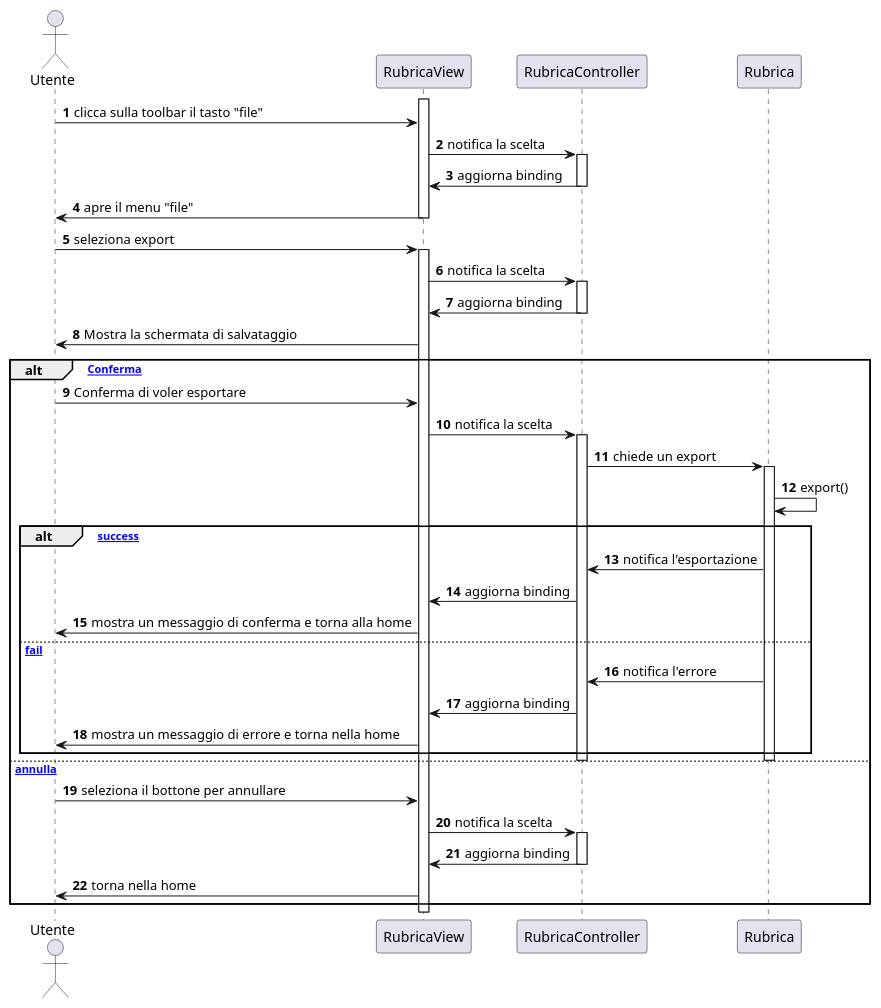
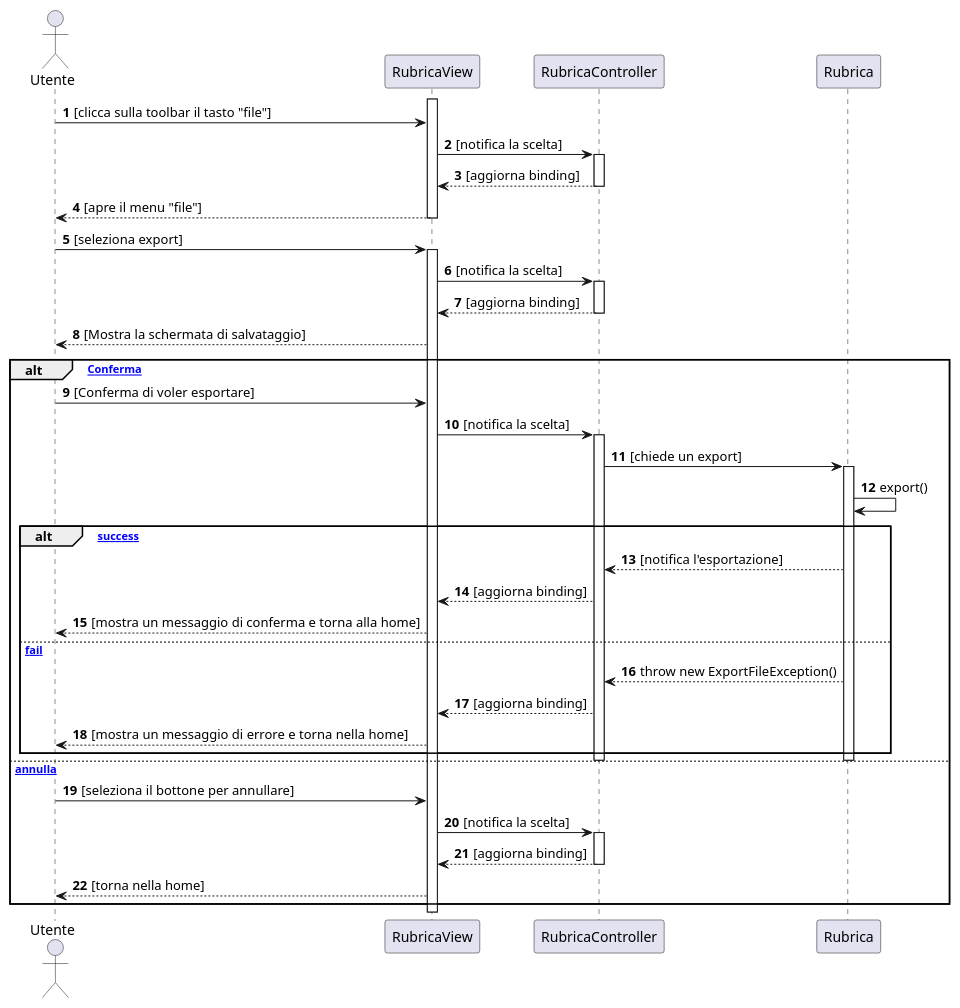
One commit to emanueletocci/uni-swe-project changed the diagram in docs/bozze/Diagrammi/Sequenza/ScenarioExport.puml. Above: the diagram before and after it, drawn with PlantUML.

Commit message:
aggiornamento export

```diff
--- a/docs/bozze/Diagrammi/Sequenza/ScenarioExport.puml
+++ b/docs/bozze/Diagrammi/Sequenza/ScenarioExport.puml
@@ -1,52 +1,52 @@
 @startuml
 autonumber
 actor Utente
 activate RubricaView
 participant RubricaView
 participant RubricaController
 participant Rubrica
 
-Utente->RubricaView:clicca sulla toolbar il tasto "file"
-RubricaView->RubricaController:notifica la scelta
+Utente->RubricaView:[clicca sulla toolbar il tasto "file"]
+RubricaView->RubricaController:[notifica la scelta]
 activate RubricaController
-RubricaController->RubricaView:aggiorna binding
+RubricaController-->RubricaView:[aggiorna binding]
 deactivate RubricaController
-RubricaView->Utente:apre il menu "file"
+RubricaView-->Utente:[apre il menu "file"]
 deactivate RubricaView
 
-Utente->RubricaView:seleziona export
+Utente->RubricaView:[seleziona export]
 activate RubricaView
-RubricaView->RubricaController:notifica la scelta
+RubricaView->RubricaController:[notifica la scelta]
 activate RubricaController
-RubricaController->RubricaView:aggiorna binding
+RubricaController -->RubricaView:[aggiorna binding]
 deactivate RubricaController
-RubricaView->Utente:Mostra la schermata di salvataggio
+RubricaView-->Utente:[Mostra la schermata di salvataggio]
 
 alt [Conferma]
-    Utente->RubricaView:Conferma di voler esportare
-    RubricaView->RubricaController:notifica la scelta
+    Utente->RubricaView:[Conferma di voler esportare]
+    RubricaView->RubricaController:[notifica la scelta]
     activate RubricaController
-    RubricaController->Rubrica:chiede un export
+    RubricaController->Rubrica:[chiede un export]
     activate Rubrica
     Rubrica->Rubrica:export()
     alt [export success]
-        Rubrica->RubricaController:notifica l'esportazione
-        RubricaController->RubricaView:aggiorna binding
-        RubricaView->Utente:mostra un messaggio di conferma e torna alla home
+        Rubrica-->RubricaController:[notifica l'esportazione]
+        RubricaController-->RubricaView:[aggiorna binding]
+        RubricaView-->Utente:[mostra un messaggio di conferma e torna alla home]
     else [export fail]
-        Rubrica->RubricaController:notifica l'errore
-        RubricaController->RubricaView:aggiorna binding
-        RubricaView->Utente:mostra un messaggio di errore e torna nella home
+        Rubrica-->RubricaController:throw new ExportFileException()
+        RubricaController-->RubricaView:[aggiorna binding]
+        RubricaView-->Utente:[mostra un messaggio di errore e torna nella home]
     end
     deactivate Rubrica
     deactivate RubricaController
 else [annulla]
-    Utente->RubricaView:seleziona il bottone per annullare
-    RubricaView->RubricaController:notifica la scelta
+    Utente->RubricaView:[seleziona il bottone per annullare]
+    RubricaView->RubricaController:[notifica la scelta]
     activate RubricaController
-    RubricaController->RubricaView:aggiorna binding
+    RubricaController-->RubricaView:[aggiorna binding]
     deactivate RubricaController
-    RubricaView->Utente:torna nella home
+    RubricaView-->Utente:[torna nella home]
 end
 
 @enduml
```
